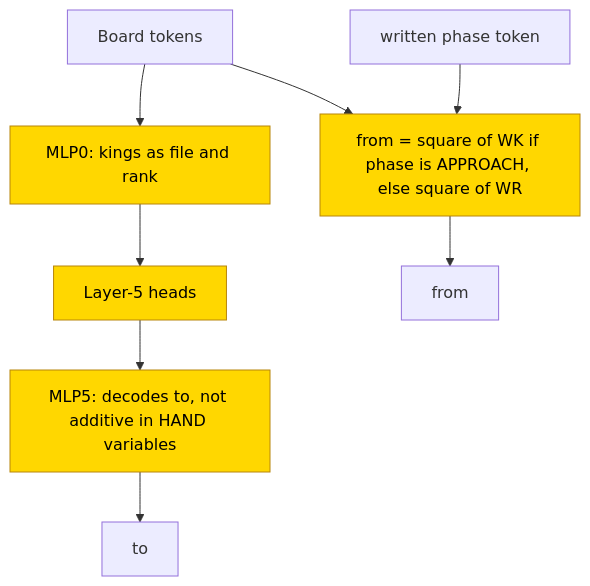
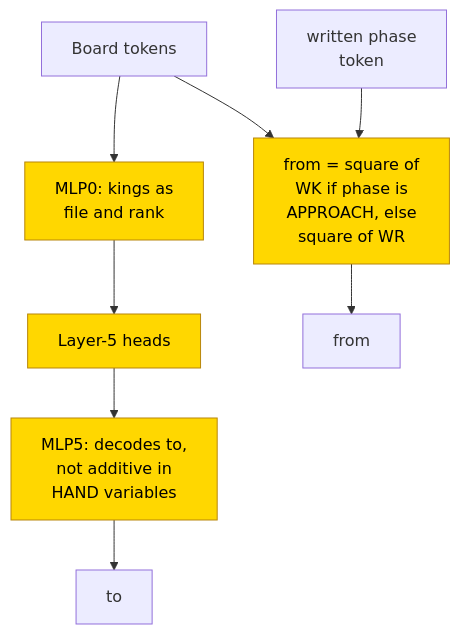
Before and after one commit to jc1122/mechanistic-interpretability-circuit-atlas: the second of 2 diagrams in entries/chess-krk.md, drawn with Mermaid. The commit also changed other lines of this file and 39 other files, not shown here.

````diff
--- a/entries/chess-krk.md
+++ b/entries/chess-krk.md
@@ -210,14 +212,14 @@
 ```mermaid
 flowchart TD
     accTitle: Partial source-copy rule and unresolved destination decoder
     accDescr: Trained king-coordinate features feed late heads and the destination MLP. Separately, the written phase selects whether the source is the white king or rook. Status is partial: source substitution passes with complement untested, while an additive destination formula fails. Shading marks trained components and the describing source rule.
-    B["Board tokens"] --> M0["MLP0: kings as file and rank"]
+    B["Board tokens"] --> M0["MLP0: kings as<br/>file and rank"]
     M0 --> L5["Layer-5 heads"]
-    L5 --> M5["MLP5: decodes to, not additive in HAND variables"]
-    PH["written phase token"] --> SRC["from = square of WK if phase is APPROACH, else square of WR"]
+    L5 --> M5["MLP5: decodes to,<br/>not additive in<br/>HAND variables"]
+    PH["written phase<br/>token"] --> SRC["from = square of<br/>WK if phase is<br/>APPROACH, else<br/>square of WR"]
     B --> SRC
     M5 --> TO["to"]
     SRC --> FR["from"]
     classDef trained fill:gold,stroke:darkgoldenrod,color:black
     class M0,L5,M5,SRC trained
 ```
````
